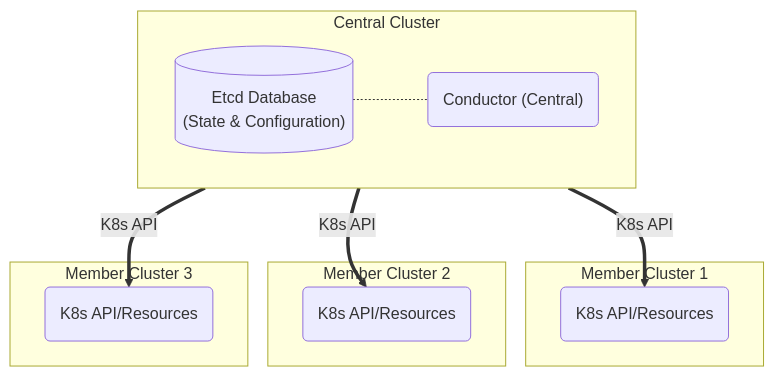
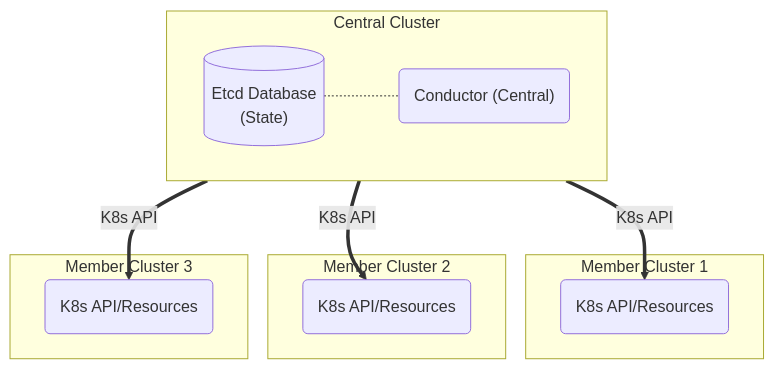
One commit to esadakcam/conductor changed the diagram in docs/architecture-centralized.md. Above: the diagram before and after it, drawn with Mermaid.

Commit message:
Fix typo in centralized architecture documentation

````diff
--- a/docs/architecture-centralized.md
+++ b/docs/architecture-centralized.md
@@ -1,41 +1,41 @@
 ```mermaid
 flowchart TD
     %% 1. The Central Cluster
     subgraph Central ["Central Cluster"]
         direction LR
         C_ETCD[("Etcd Database
-        (State & Configuration)")]
+        (State)")]
         C_Agent("Conductor (Central)")
 
         C_ETCD -.- C_Agent
     end
 
     %% 2. Member Cluster 1
     subgraph Cluster_1 ["Member Cluster 1"]
         M1_K8s("K8s API/Resources")
     end
 
     %% 3. Member Cluster 2
     subgraph Cluster_2 ["Member Cluster 2"]
         M2_K8s("K8s API/Resources")
     end
 
     %% 4. Member Cluster 3
     subgraph Cluster_3 ["Member Cluster 3"]
         M3_K8s("K8s API/Resources")
     end
 
     %% --- CROSS-CLUSTER COMMUNICATION ---
 
     %% Central Conductor talks directly to member K8s API servers
     C_Agent == "K8s API" ==> M1_K8s
     C_Agent == "K8s API" ==> M2_K8s
     C_Agent == "K8s API" ==> M3_K8s
 
     %% Balance layout: invisible link from etcd toward middle
     C_ETCD ~~~ M2_K8s
 
     class C_Agent agent;
     class C_ETCD db;
 
 ```
````
